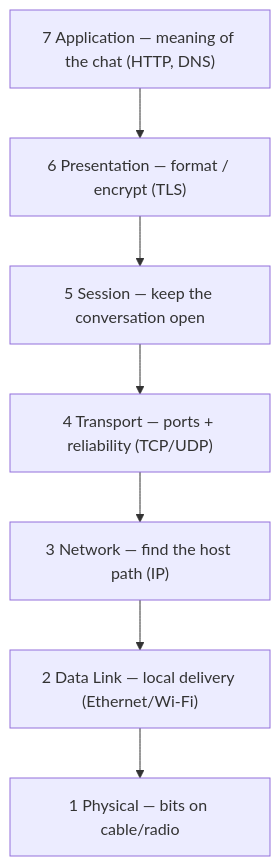
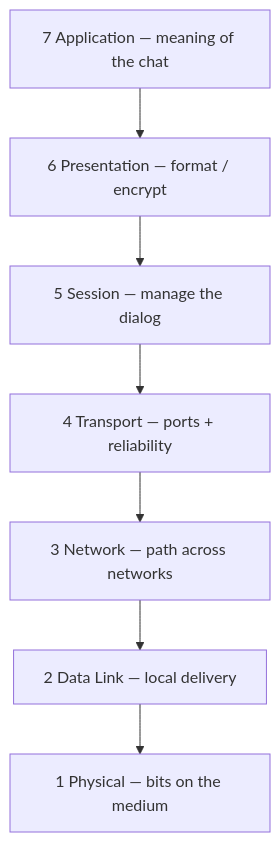
The first of 5 diagrams in learning/02-osi-model.md (omnayak27199/pktana), drawn with Mermaid before and after one commit. The commit also changed other lines of this file and 14 other files, not shown here.

````diff
--- a/learning/02-osi-model.md
+++ b/learning/02-osi-model.md
@@ -11,11 +21,11 @@
 ```mermaid
 flowchart TB
-  L7["7 Application — meaning of the chat (HTTP, DNS)"]
-  L6["6 Presentation — format / encrypt (TLS)"]
-  L5["5 Session — keep the conversation open"]
-  L4["4 Transport — ports + reliability (TCP/UDP)"]
-  L3["3 Network — find the host path (IP)"]
-  L2["2 Data Link — local delivery (Ethernet/Wi‑Fi)"]
-  L1["1 Physical — bits on cable/radio"]
+  L7["7 Application — meaning of the chat"]
+  L6["6 Presentation — format / encrypt"]
+  L5["5 Session — manage the dialog"]
+  L4["4 Transport — ports + reliability"]
+  L3["3 Network — path across networks"]
+  L2["2 Data Link — local delivery"]
+  L1["1 Physical — bits on the medium"]
   L7 --> L6 --> L5 --> L4 --> L3 --> L2 --> L1
 ```
````
